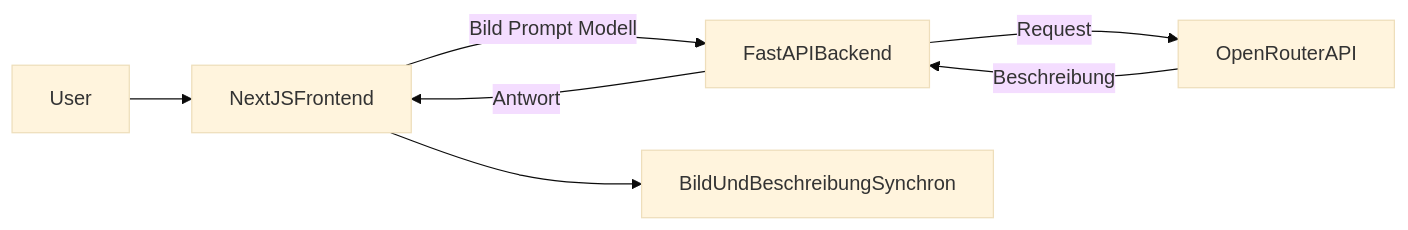
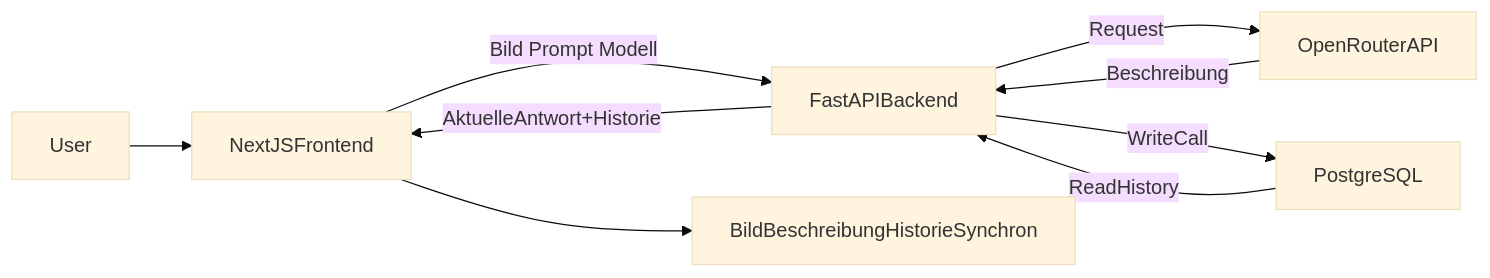
The diagram in docs/PLAN.md (cyborg-engineer/ArchitekturBild), drawn with Mermaid (base theme) before and after one commit. The commit also changed other lines of this file and 18 other files, not shown here.

````diff
--- a/docs/PLAN.md
+++ b/docs/PLAN.md
@@ -110,9 +147,11 @@
 ```mermaid
 flowchart LR
     user[User] --> frontend[NextJSFrontend]
     frontend -->|Bild Prompt Modell| backend[FastAPIBackend]
     backend -->|Request| openrouter[OpenRouterAPI]
     openrouter -->|Beschreibung| backend
-    backend -->|Antwort| frontend
-    frontend --> view[BildUndBeschreibungSynchron]
+    backend -->|WriteCall| postgres[PostgreSQL]
+    postgres -->|ReadHistory| backend
+    backend -->|AktuelleAntwort+Historie| frontend
+    frontend --> view[BildBeschreibungHistorieSynchron]
 ```
````
